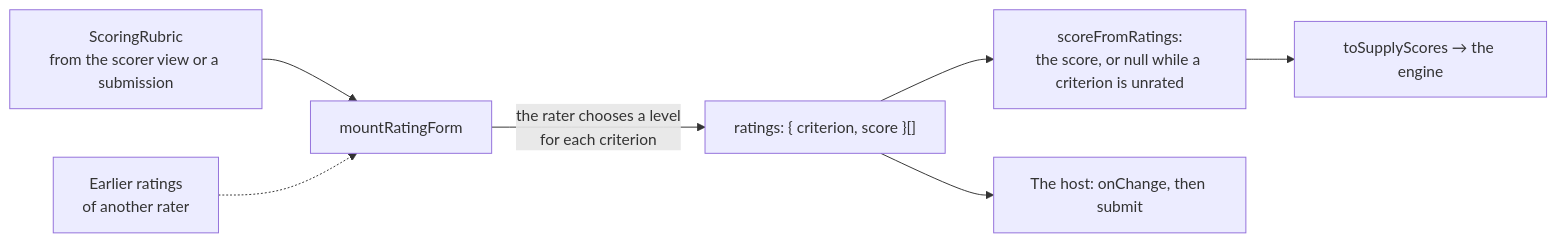
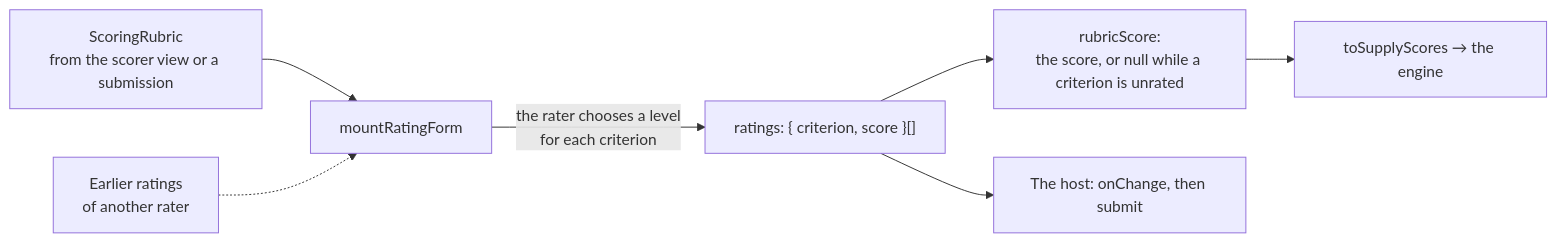
Before and after one commit to assesskit/assesskit: the diagram in docs/player/rating.md, drawn with Mermaid. The commit also changed other lines of this file and 285 other files, not shown here.

````diff
--- a/docs/player/rating.md
+++ b/docs/player/rating.md
@@ -7,9 +7,9 @@
 ```mermaid
 flowchart LR
   rubric["ScoringRubric<br/>from the scorer view or a submission"] --> form["mountRatingForm"]
   initial["Earlier ratings<br/>of another rater"] -.-> form
   form -->|"the rater chooses a level<br/>for each criterion"| ratings["ratings: { criterion, score }[]"]
-  ratings --> score["scoreFromRatings:<br/>the score, or null while a criterion is unrated"]
+  ratings --> score["rubricScore:<br/>the score, or null while a criterion is unrated"]
   ratings --> host["The host: onChange, then submit"]
   score --> supply["toSupplyScores → the engine"]
 ```
````
